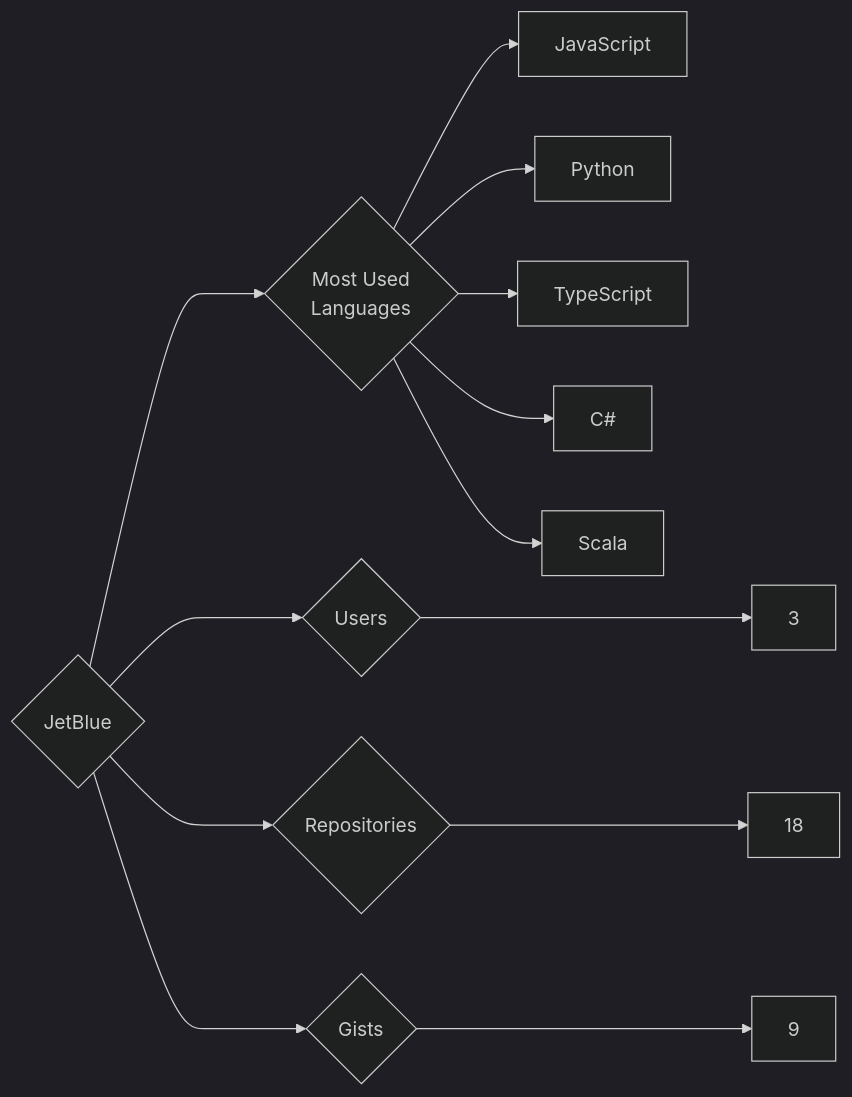
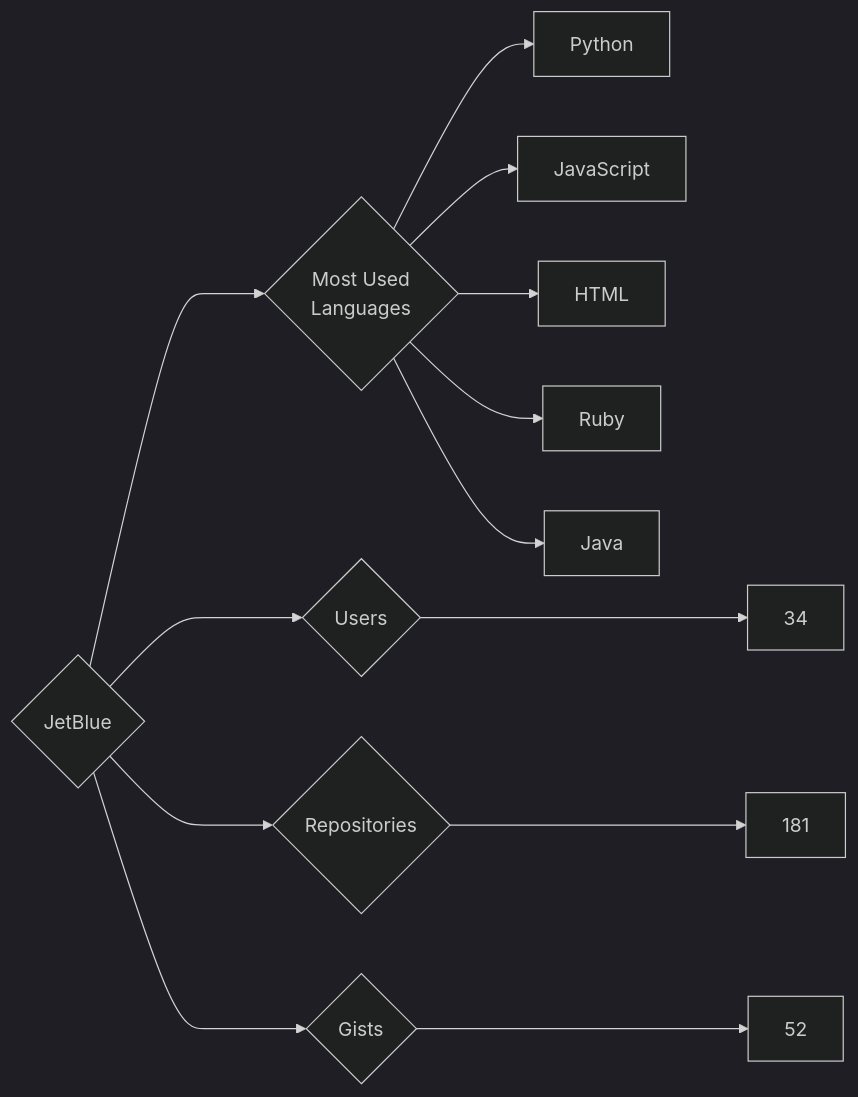
Before and after one commit to trickest/insiders: the diagram in targets/JetBlue/README.md, drawn with Mermaid (dark theme). The commit also changed 845 other files, not shown here.

````diff
--- a/targets/JetBlue/README.md
+++ b/targets/JetBlue/README.md
@@ -3,13 +3,13 @@
 ```mermaid
 graph LR
 COMPANY_NAME{JetBlue}
-COMPANY_NAME ---> U{Users} ---> UN[3]
-COMPANY_NAME ---> R{Repositories} ---> RN[18]
-COMPANY_NAME ---> G{Gists} ---> GN[9]
+COMPANY_NAME ---> U{Users} ---> UN[34]
+COMPANY_NAME ---> R{Repositories} ---> RN[181]
+COMPANY_NAME ---> G{Gists} ---> GN[52]
 COMPANY_NAME ---> ML{Most Used<br>Languages}
+ML --> Python[Python]
 ML --> JavaScript[JavaScript]
-ML --> Python[Python]
-ML --> TypeScript[TypeScript]
-ML --> C#[C#]
-ML --> Scala[Scala]
+ML --> HTML[HTML]
+ML --> Ruby[Ruby]
+ML --> Java[Java]
 ```
````
